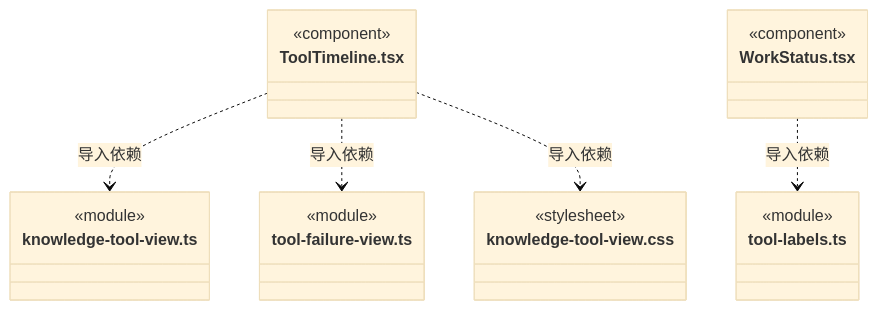
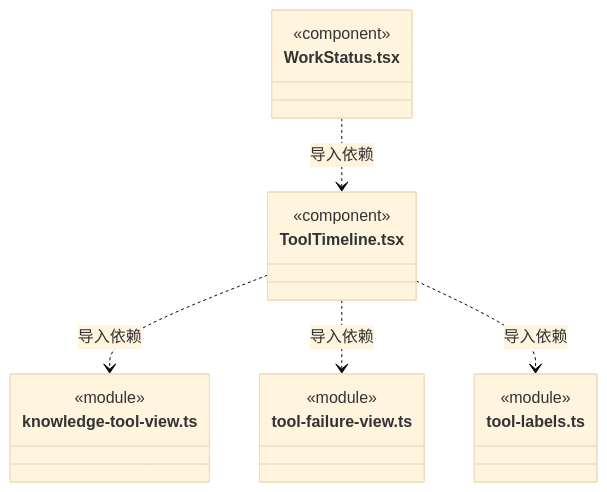
Before and after one commit to nan023062/cbim: diagram 22 of 23 in src/view/execution-view/ARCHITECTURE.md, drawn with Mermaid (base theme). The commit also changed other lines of this file and 112 other files, not shown here.

Commit message:
docs: align source architecture with current declarations and contracts

````diff
--- a/src/view/execution-view/ARCHITECTURE.md
+++ b/src/view/execution-view/ARCHITECTURE.md
@@ -414,25 +414,22 @@
 ```mermaid
 classDiagram
 class N_src_view_execution_view_ToolTimeline_tsx["ToolTimeline.tsx"] {
   <<component>>
 }
 class N_src_view_execution_view_knowledge_tool_view_ts["knowledge-tool-view.ts"] {
   <<module>>
 }
 class N_src_view_execution_view_tool_failure_view_ts["tool-failure-view.ts"] {
   <<module>>
 }
-class N_src_view_execution_view_knowledge_tool_view_css["knowledge-tool-view.css"] {
-  <<stylesheet>>
+class N_src_view_execution_view_tool_labels_ts["tool-labels.ts"] {
+  <<module>>
 }
 class N_src_view_execution_view_WorkStatus_tsx["WorkStatus.tsx"] {
   <<component>>
 }
-class N_src_view_execution_view_tool_labels_ts["tool-labels.ts"] {
-  <<module>>
-}
 N_src_view_execution_view_ToolTimeline_tsx ..> N_src_view_execution_view_knowledge_tool_view_ts : 导入依赖
 N_src_view_execution_view_ToolTimeline_tsx ..> N_src_view_execution_view_tool_failure_view_ts : 导入依赖
-N_src_view_execution_view_ToolTimeline_tsx ..> N_src_view_execution_view_knowledge_tool_view_css : 导入依赖
-N_src_view_execution_view_WorkStatus_tsx ..> N_src_view_execution_view_tool_labels_ts : 导入依赖
+N_src_view_execution_view_ToolTimeline_tsx ..> N_src_view_execution_view_tool_labels_ts : 导入依赖
+N_src_view_execution_view_WorkStatus_tsx ..> N_src_view_execution_view_ToolTimeline_tsx : 导入依赖
 ```
````
